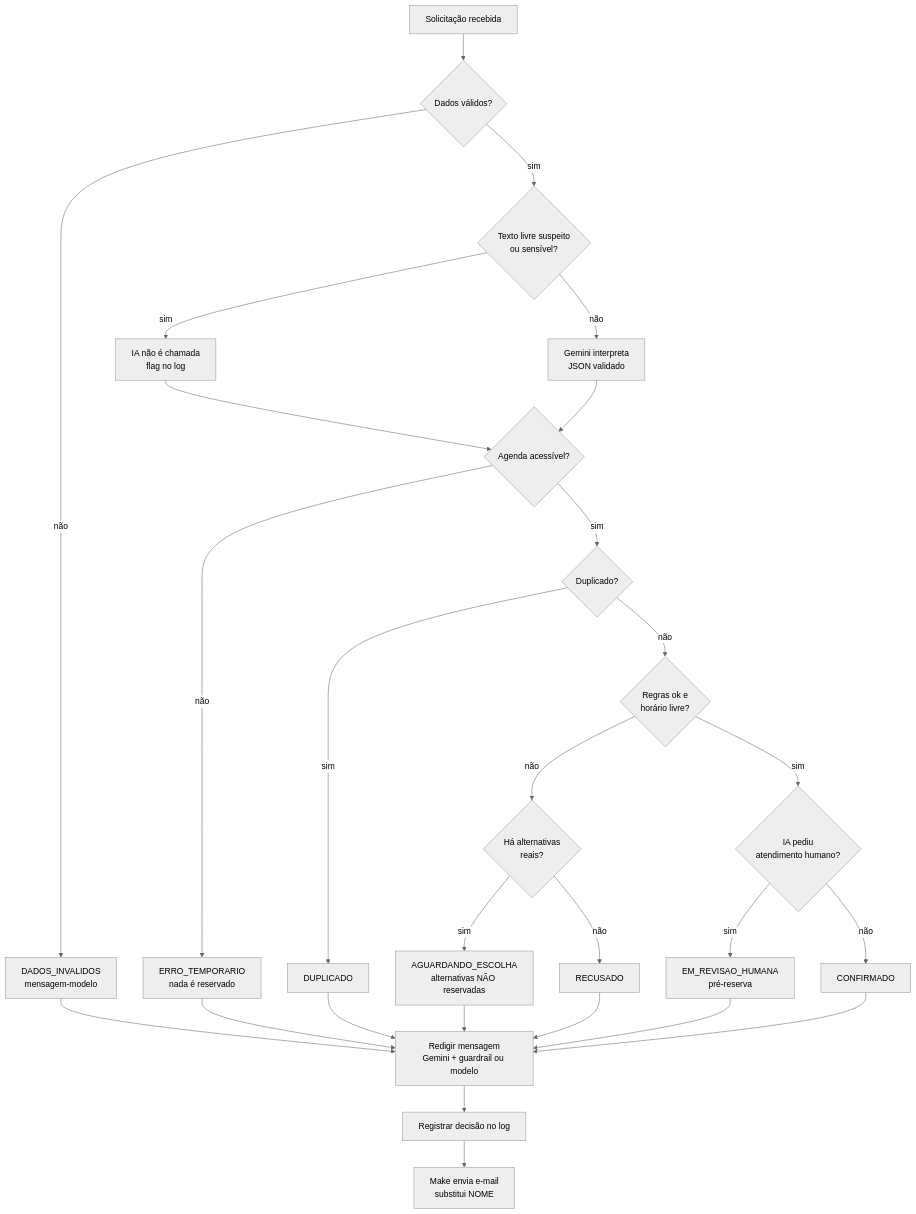
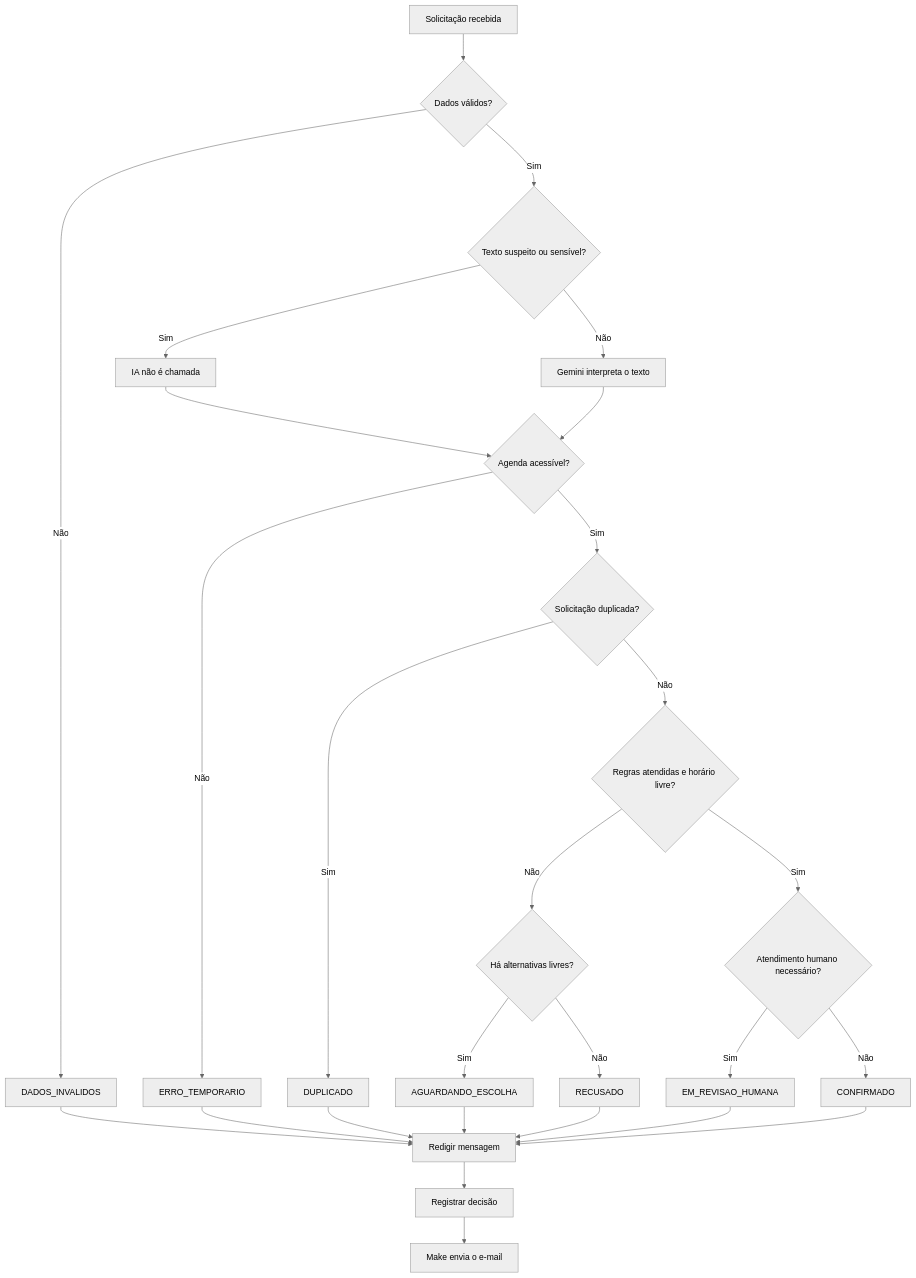
Before and after one commit to maraaujo/tendencias_ia: the second of 3 diagrams in AgendaFacil-2.0/README.md, drawn with Mermaid (neutral theme). The commit also changed other lines of this file, not shown here.

````diff
--- a/AgendaFacil-2.0/README.md
+++ b/AgendaFacil-2.0/README.md
@@ -207,23 +378,31 @@
 ```mermaid
 flowchart TD
     A[Solicitação recebida] --> B{Dados válidos?}
-    B -- não --> B1[DADOS_INVALIDOS<br/>mensagem-modelo]
-    B -- sim --> C{Texto livre suspeito<br/>ou sensível?}
-    C -- sim --> C1[IA não é chamada<br/>flag no log]
-    C -- não --> C2[Gemini interpreta<br/>JSON validado]
+
+    B -->|Não| B1[DADOS_INVALIDOS]
+    B -->|Sim| C{Texto suspeito ou sensível?}
+
+    C -->|Sim| C1[IA não é chamada]
+    C -->|Não| C2[Gemini interpreta o texto]
+
     C1 --> D
     C2 --> D{Agenda acessível?}
-    D -- não --> D1[ERRO_TEMPORARIO<br/>nada é reservado]
-    D -- sim --> E{Duplicado?}
-    E -- sim --> E1[DUPLICADO]
-    E -- não --> F{Regras ok e<br/>horário livre?}
-    F -- não --> G{Há alternativas<br/>reais?}
-    G -- sim --> G1[AGUARDANDO_ESCOLHA<br/>alternativas NÃO reservadas]
-    G -- não --> G2[RECUSADO]
-    F -- sim --> H{IA pediu<br/>atendimento humano?}
-    H -- sim --> H1[EM_REVISAO_HUMANA<br/>pré-reserva]
-    H -- não --> H2[CONFIRMADO]
-    B1 & D1 & E1 & G1 & G2 & H1 & H2 --> R[Redigir mensagem<br/>Gemini + guardrail ou modelo]
-    R --> L[Registrar decisão no log]
-    L --> M[Make envia e-mail<br/>substitui NOME]
+
+    D -->|Não| D1[ERRO_TEMPORARIO]
+    D -->|Sim| E{Solicitação duplicada?}
+
+    E -->|Sim| E1[DUPLICADO]
+    E -->|Não| F{Regras atendidas e horário livre?}
+
+    F -->|Não| G{Há alternativas livres?}
+    G -->|Sim| G1[AGUARDANDO_ESCOLHA]
+    G -->|Não| G2[RECUSADO]
+
+    F -->|Sim| H{Atendimento humano necessário?}
+    H -->|Sim| H1[EM_REVISAO_HUMANA]
+    H -->|Não| H2[CONFIRMADO]
+
+    B1 & D1 & E1 & G1 & G2 & H1 & H2 --> R[Redigir mensagem]
+    R --> L[Registrar decisão]
+    L --> M[Make envia o e-mail]
 ```
````
